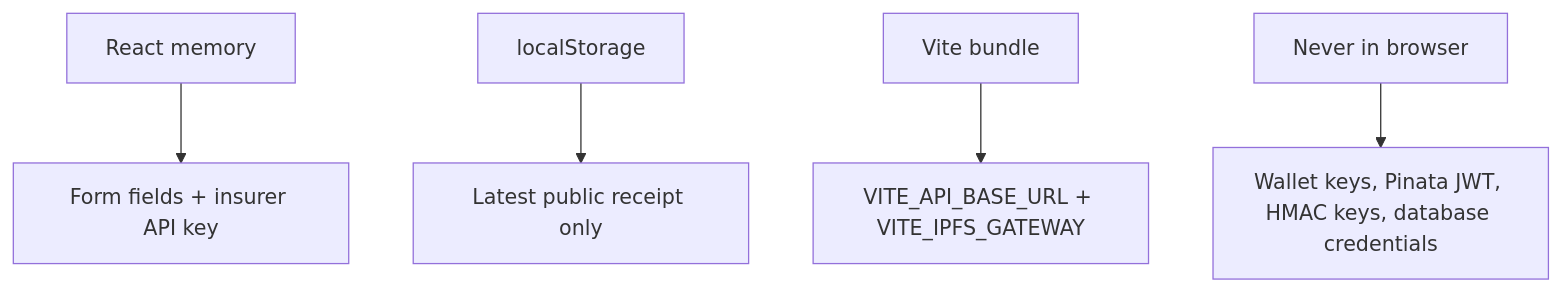
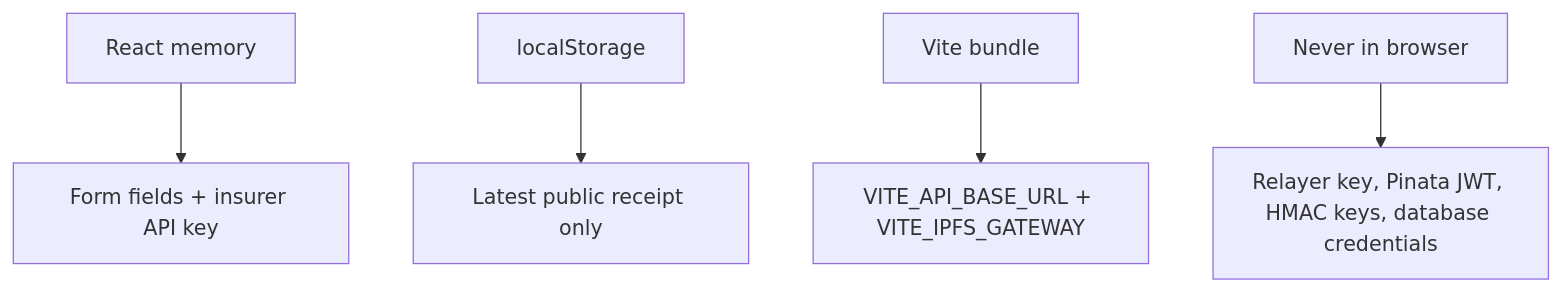
The second of 2 diagrams in apps/frontend/README.md (ganesh1997oli/Decentralized-Claims-Registry), drawn with Mermaid before and after one commit. The commit also changed other lines of this file and 67 other files, not shown here.

````diff
--- a/apps/frontend/README.md
+++ b/apps/frontend/README.md
@@ -38,7 +43,7 @@
 ```mermaid
 flowchart TD
     Memory["React memory"] --> A["Form fields + insurer API key"]
     Storage["localStorage"] --> B["Latest public receipt only"]
     Bundle["Vite bundle"] --> C["VITE_API_BASE_URL + VITE_IPFS_GATEWAY"]
-    Never["Never in browser"] --> D["Wallet keys, Pinata JWT, HMAC keys, database credentials"]
+    Never["Never in browser"] --> D["Relayer key, Pinata JWT, HMAC keys, database credentials"]
 ```
````
